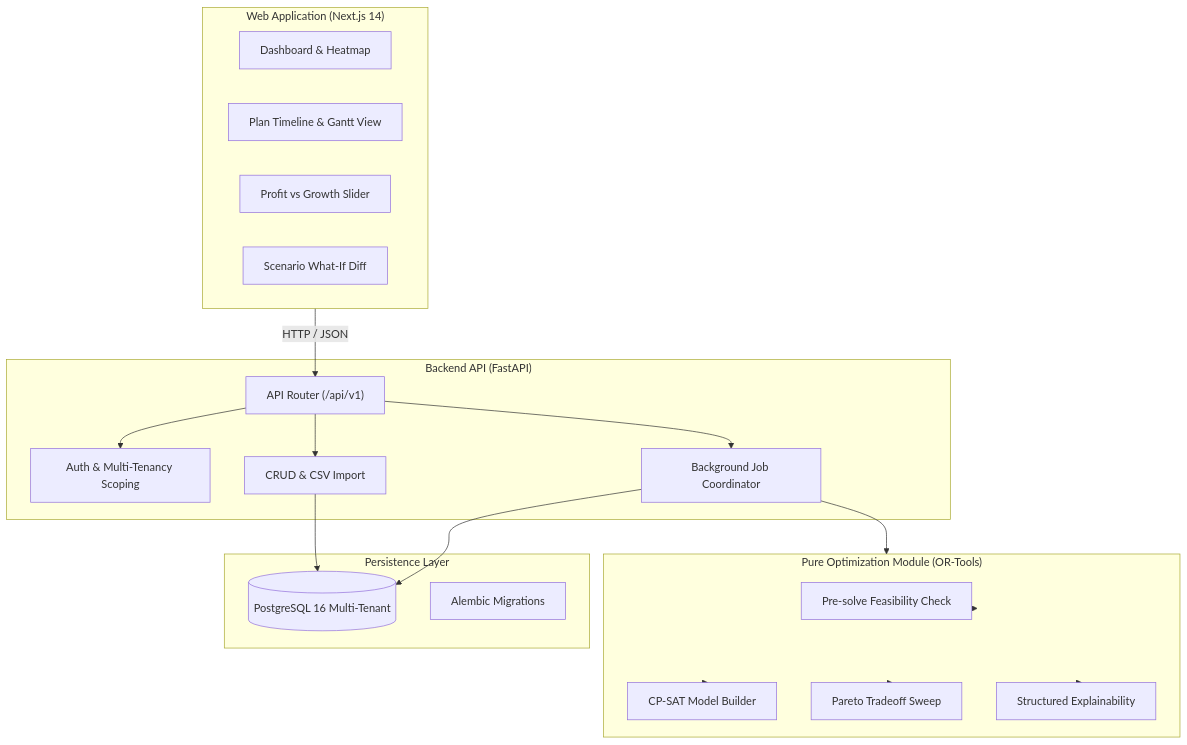
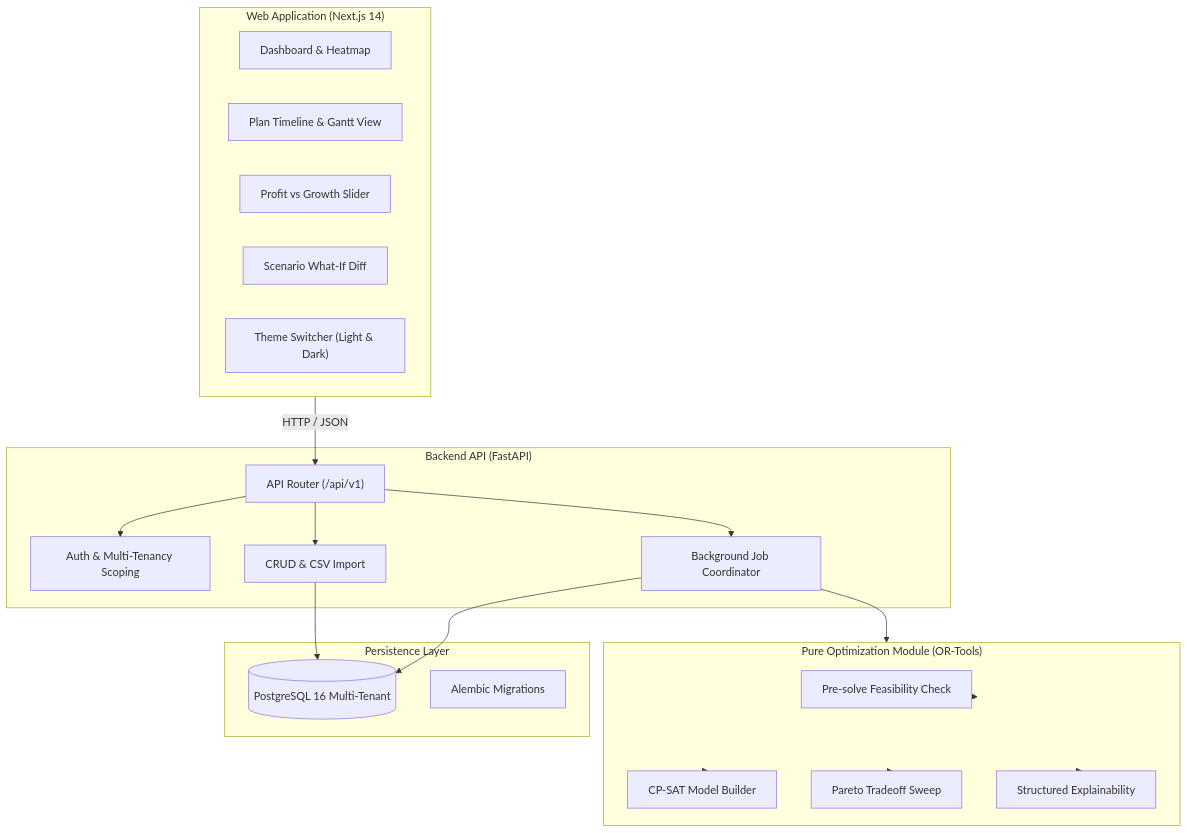
The diagram in README.md (palakpk954/ABC_Pro), drawn with Mermaid before and after one commit. The commit also changed other lines of this file and 54 other files, not shown here.

Commit message:
feat: complete Phase 2 API services and Phase 3 Next.js frontend with dual light/dark themes and updated docs

````diff
--- a/README.md
+++ b/README.md
@@ -19,40 +19,41 @@
 ```mermaid
 graph TB
     subgraph Frontend ["Web Application (Next.js 14)"]
         Dashboard["Dashboard & Heatmap"]
         PlanTimeline["Plan Timeline & Gantt View"]
         SliderControl["Profit vs Growth Slider"]
         ScenarioDiff["Scenario What-If Diff"]
+        ThemeToggle["Theme Switcher (Light & Dark)"]
     end
 
     subgraph API ["Backend API (FastAPI)"]
         APIRouter["API Router (/api/v1)"]
         AuthService["Auth & Multi-Tenancy Scoping"]
         CRUDService["CRUD & CSV Import"]
         AsyncRunner["Background Job Coordinator"]
     end
 
     subgraph OptimizationEngine ["Pure Optimization Module (OR-Tools)"]
         PreSolveCheck["Pre-solve Feasibility Check"]
         CPSATModel["CP-SAT Model Builder"]
         ParetoSweep["Pareto Tradeoff Sweep"]
         Explainer["Structured Explainability"]
     end
 
     subgraph Database ["Persistence Layer"]
         Postgres[(PostgreSQL 16 Multi-Tenant)]
         Alembic["Alembic Migrations"]
     end
 
     Frontend -->|HTTP / JSON| APIRouter
     APIRouter --> AuthService
     APIRouter --> CRUDService
     APIRouter --> AsyncRunner
     AsyncRunner --> OptimizationEngine
     OptimizationEngine --> PreSolveCheck
     OptimizationEngine --> CPSATModel
     OptimizationEngine --> ParetoSweep
     OptimizationEngine --> Explainer
     CRUDService --> Postgres
     AsyncRunner --> Postgres
 ```
````
